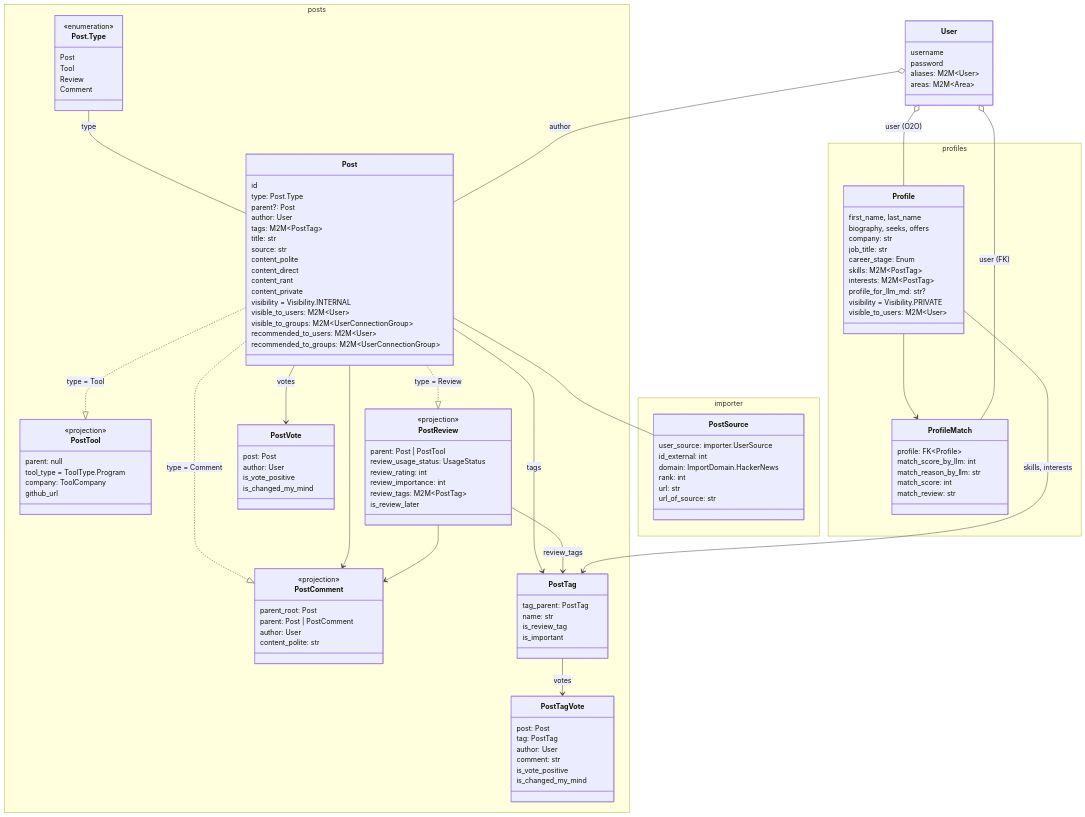
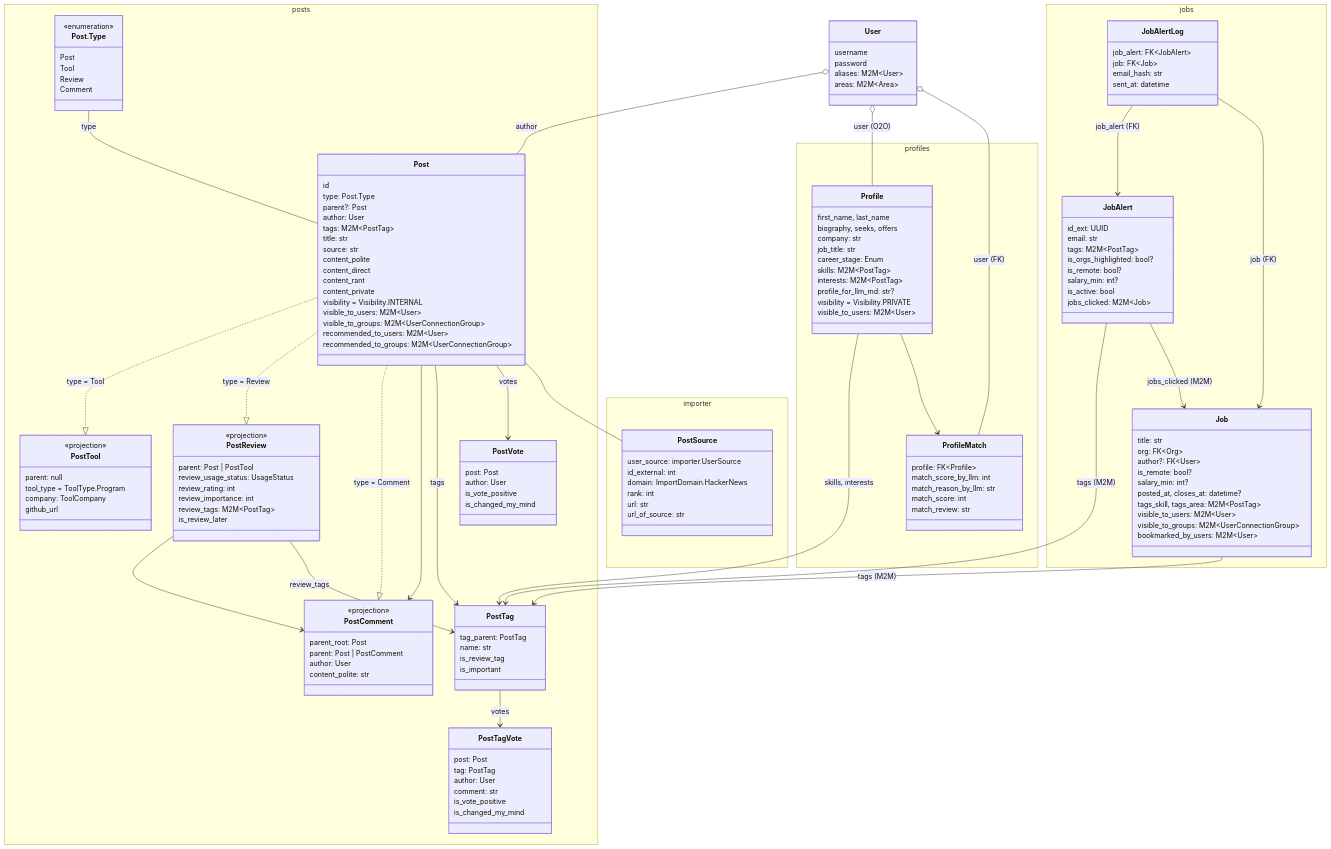
Before and after one commit to neuronhub-app/NeuronHub: the diagram in docs/architecture/README.md, drawn with Mermaid. The commit also changed other lines of this file and 7 other files, not shown here.

````diff
--- a/docs/architecture/README.md
+++ b/docs/architecture/README.md
@@ -139,13 +139,13 @@
 
             company: str
             job_title: str
-            
+
             career_stage: Enum
 
             skills: M2M~PostTag~
             interests: M2M~PostTag~
 
-            profile_for_llm_md: str? 
+            profile_for_llm_md: str?
 
             visibility = Visibility.PRIVATE
             visible_to_users: M2M~User~
@@ -155,10 +155,49 @@
             profile: FK~Profile~
             match_score_by_llm: int
             match_reason_by_llm: str
-			
+
 			%% review by User
             match_score: int
             match_review: str
         }
     }
+
+    Job --> PostTag : tags (M2M)
+    JobAlert --> PostTag : tags (M2M)
+    JobAlert --> Job : jobs_clicked (M2M)
+    JobAlertLog --> JobAlert : job_alert (FK)
+    JobAlertLog --> Job : job (FK)
+
+    namespace jobs {
+        class Job {
+            title: str
+            org: FK~Org~
+            author?: FK~User~
+            is_remote: bool?
+            salary_min: int?
+            posted_at, closes_at: datetime?
+            tags_skill, tags_area: M2M~PostTag~
+            visible_to_users: M2M~User~
+            visible_to_groups: M2M~UserConnectionGroup~
+            bookmarked_by_users: M2M~User~
+        }
+
+        class JobAlert {
+            id_ext: UUID
+            email: str
+            tags: M2M~PostTag~
+            is_orgs_highlighted: bool?
+            is_remote: bool?
+            salary_min: int?
+            is_active: bool
+            jobs_clicked: M2M~Job~
+        }
+
+        class JobAlertLog {
+            job_alert: FK~JobAlert~
+            job: FK~Job~
+            email_hash: str
+            sent_at: datetime
+        }
+    }
 ```
````
